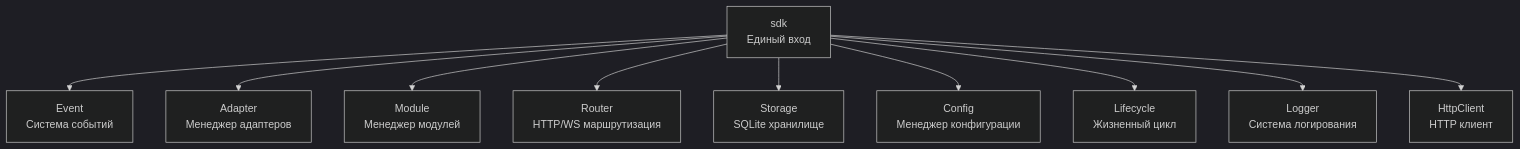
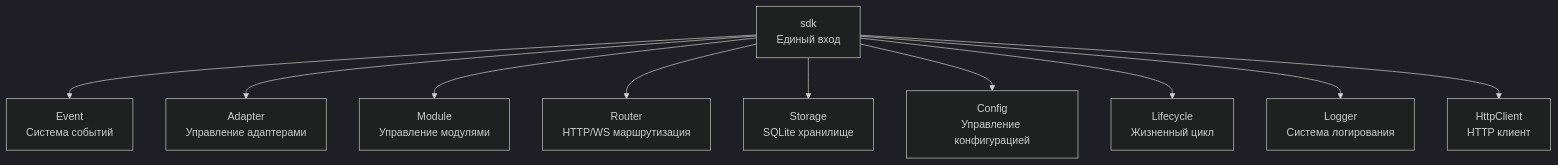
The second of 2 diagrams in README.ru.md (ErisPulse/ErisPulse), drawn with Mermaid (dark theme) before and after one commit. The commit also changed other lines of this file and 91 other files, not shown here.

````diff
--- a/README.ru.md
+++ b/README.ru.md
@@ -517,14 +541,14 @@
 ```mermaid
 graph TB
     SDK["sdk<br/>Единый вход"]
 
     SDK --> Event["Event<br/>Система событий"]
-    SDK --> AdapterMgr["Adapter<br/>Менеджер адаптеров"]
-    SDK --> ModuleMgr["Module<br/>Менеджер модулей"]
+    SDK --> AdapterMgr["Adapter<br/>Управление адаптерами"]
+    SDK --> ModuleMgr["Module<br/>Управление модулями"]
     SDK --> Router["Router<br/>HTTP/WS маршрутизация"]
     SDK --> Storage["Storage<br/>SQLite хранилище"]
-    SDK --> Config["Config<br/>Менеджер конфигурации"]
+    SDK --> Config["Config<br/>Управление конфигурацией"]
     SDK --> Lifecycle["Lifecycle<br/>Жизненный цикл"]
     SDK --> Logger["Logger<br/>Система логирования"]
     SDK --> Client["HttpClient<br/>HTTP клиент"]
 ```
````
